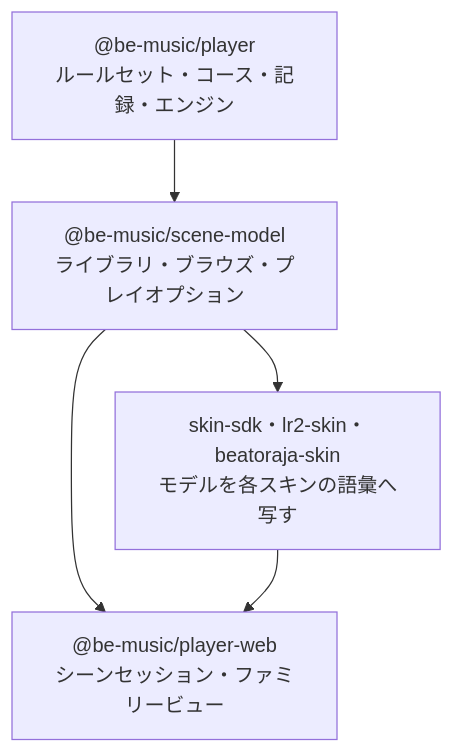
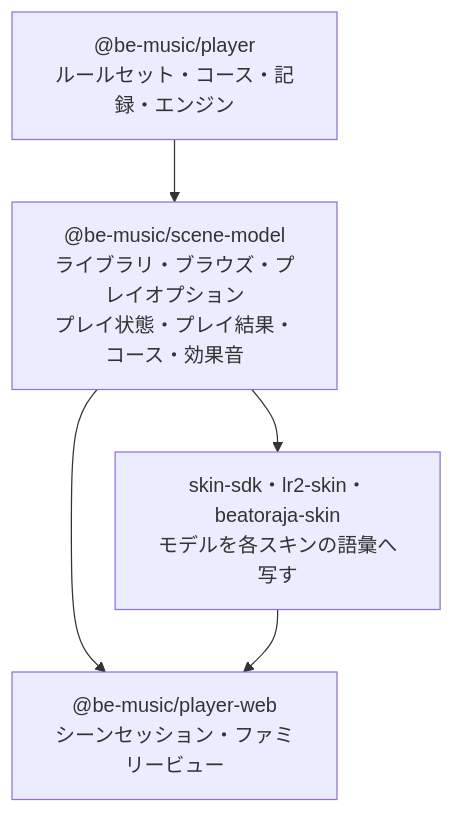
The first of 3 diagrams in docs/scene-model.ja.md (nulltask/be-music), drawn with Mermaid before and after one commit. The commit also changed other lines of this file and 9 other files, not shown here.

````diff
--- a/docs/scene-model.ja.md
+++ b/docs/scene-model.ja.md
@@ -11,12 +11,12 @@
 ```mermaid
 flowchart TD
   player["@be-music/player<br/>ルールセット・コース・記録・エンジン"]
-  model["@be-music/scene-model<br/>ライブラリ・ブラウズ・プレイオプション"]
+  model["@be-music/scene-model<br/>ライブラリ・ブラウズ・プレイオプション<br/>プレイ状態・プレイ結果・コース・効果音"]
   skins["skin-sdk・lr2-skin・beatoraja-skin<br/>モデルを各スキンの語彙へ写す"]
   sessions["@be-music/player-web<br/>シーンセッション・ファミリービュー"]
 
   player --> model
   model --> skins
   model --> sessions
   skins --> sessions
 ```
````
